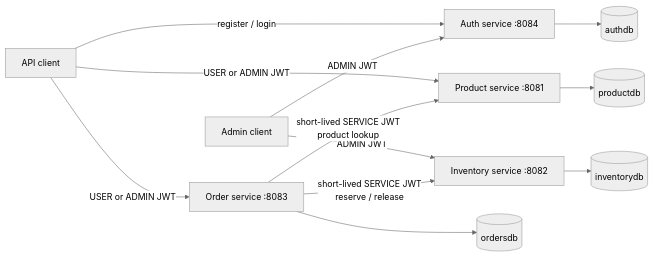
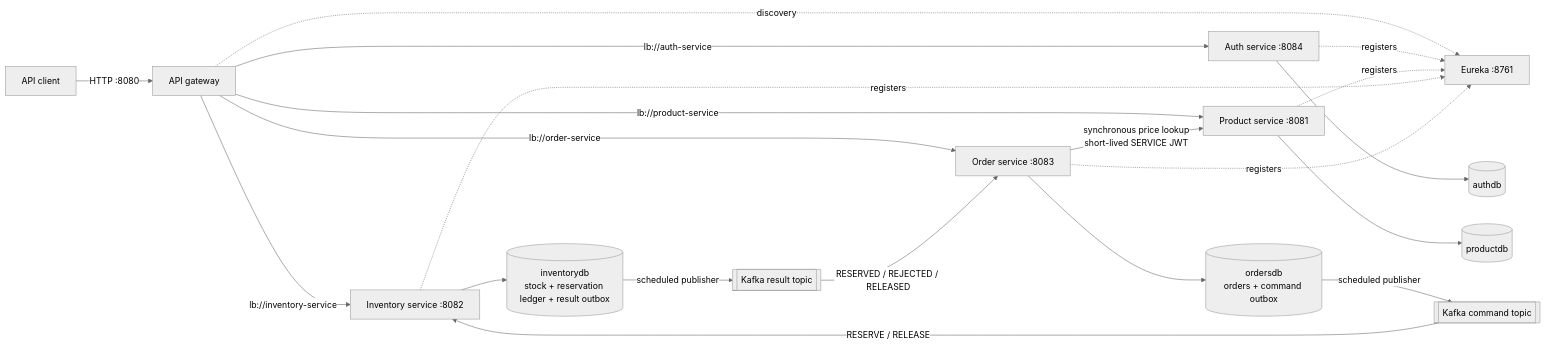
One commit to pramodtarpe/ecom-microservice changed the diagram in README.md. Above: the diagram before and after it, drawn with Mermaid (neutral theme). The commit also changed other lines of this file and 62 other files, not shown here.

````diff
--- a/README.md
+++ b/README.md
@@ -9,15 +9,25 @@
 ```mermaid
 flowchart LR
-    Client[API client]
-    Client -->|register / login| Auth[Auth service :8084]
-    Client -->|USER or ADMIN JWT| Product[Product service :8081]
-    Client -->|USER or ADMIN JWT| Order[Order service :8083]
-    Admin[Admin client] -->|ADMIN JWT| Inventory[Inventory service :8082]
-    Admin -->|ADMIN JWT| Auth
-    Order -->|short-lived SERVICE JWT\nproduct lookup| Product
-    Order -->|short-lived SERVICE JWT\nreserve / release| Inventory
+    Client[API client] -->|HTTP :8080| Gateway[API gateway]
+    Gateway -->|lb://auth-service| Auth[Auth service :8084]
+    Gateway -->|lb://product-service| Product[Product service :8081]
+    Gateway -->|lb://inventory-service| Inventory[Inventory service :8082]
+    Gateway -->|lb://order-service| Order[Order service :8083]
+
+    Gateway -. discovery .-> Eureka[Eureka :8761]
+    Auth -. registers .-> Eureka
+    Product -. registers .-> Eureka
+    Inventory -. registers .-> Eureka
+    Order -. registers .-> Eureka
+
+    Order -->|synchronous price lookup\nshort-lived SERVICE JWT| Product
+    Order --> OrderDB[(ordersdb\norders + command outbox)]
+    OrderDB -->|scheduled publisher| Commands[[Kafka command topic]]
+    Commands -->|RESERVE / RELEASE| Inventory
+    Inventory --> InventoryDB[(inventorydb\nstock + reservation ledger + result outbox)]
+    InventoryDB -->|scheduled publisher| Results[[Kafka result topic]]
+    Results -->|RESERVED / REJECTED / RELEASED| Order
+
     Auth --> AuthDB[(authdb)]
     Product --> ProductDB[(productdb)]
-    Inventory --> InventoryDB[(inventorydb)]
-    Order --> OrderDB[(ordersdb)]
 ```
````
